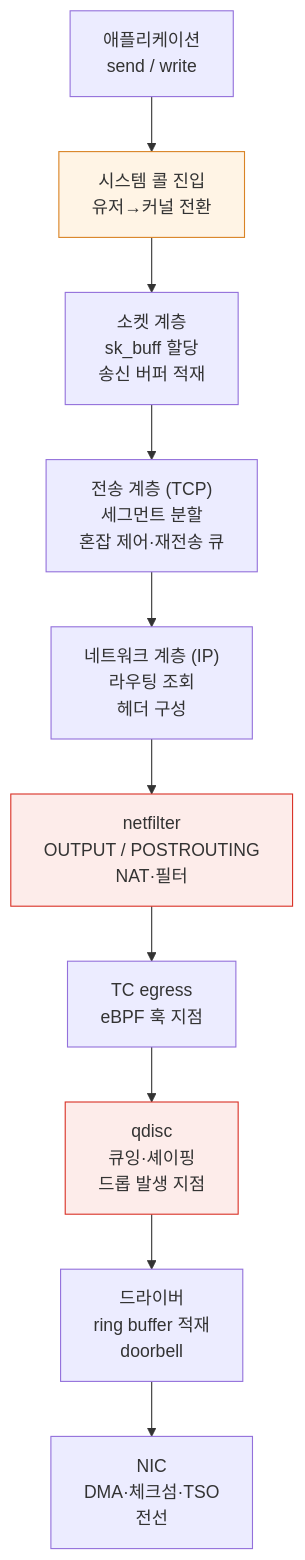
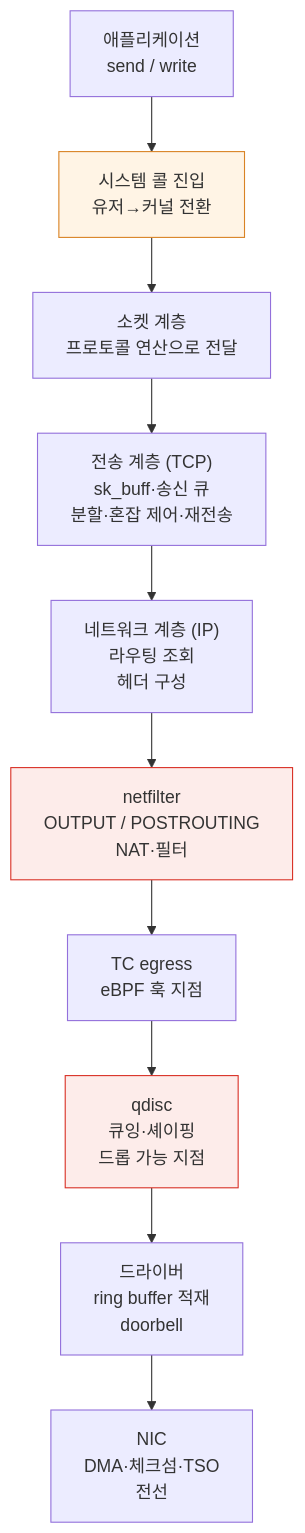
One commit to Atom-oh/kubernetes-docs changed the first of 2 diagrams in ko/kernel/02-network-stack.md. Above: the diagram before and after it, drawn with Mermaid. The commit also changed other lines of this file and 31 other files, not shown here.

````diff
--- a/ko/kernel/02-network-stack.md
+++ b/ko/kernel/02-network-stack.md
@@ -28,16 +53,16 @@
 ```mermaid
 graph TB
     APP["애플리케이션<br/>send / write"] --> SC["시스템 콜 진입<br/>유저→커널 전환"]
-    SC --> SK["소켓 계층<br/>sk_buff 할당<br/>송신 버퍼 적재"]
-    SK --> L4["전송 계층 (TCP)<br/>세그먼트 분할<br/>혼잡 제어·재전송 큐"]
+    SC --> SK["소켓 계층<br/>프로토콜 연산으로 전달"]
+    SK --> L4["전송 계층 (TCP)<br/>sk_buff·송신 큐<br/>분할·혼잡 제어·재전송"]
     L4 --> L3["네트워크 계층 (IP)<br/>라우팅 조회<br/>헤더 구성"]
     L3 --> NFO["netfilter<br/>OUTPUT / POSTROUTING<br/>NAT·필터"]
     NFO --> TCE["TC egress<br/>eBPF 훅 지점"]
-    TCE --> QD["qdisc<br/>큐잉·셰이핑<br/>드롭 발생 지점"]
+    TCE --> QD["qdisc<br/>큐잉·셰이핑<br/>드롭 가능 지점"]
     QD --> DRV["드라이버<br/>ring buffer 적재<br/>doorbell"]
     DRV --> NIC["NIC<br/>DMA·체크섬·TSO<br/>전선"]
 
     style SC fill:#fff4e5,stroke:#d98324
     style NFO fill:#fdecea,stroke:#d93025
     style QD fill:#fdecea,stroke:#d93025
 ```
````
